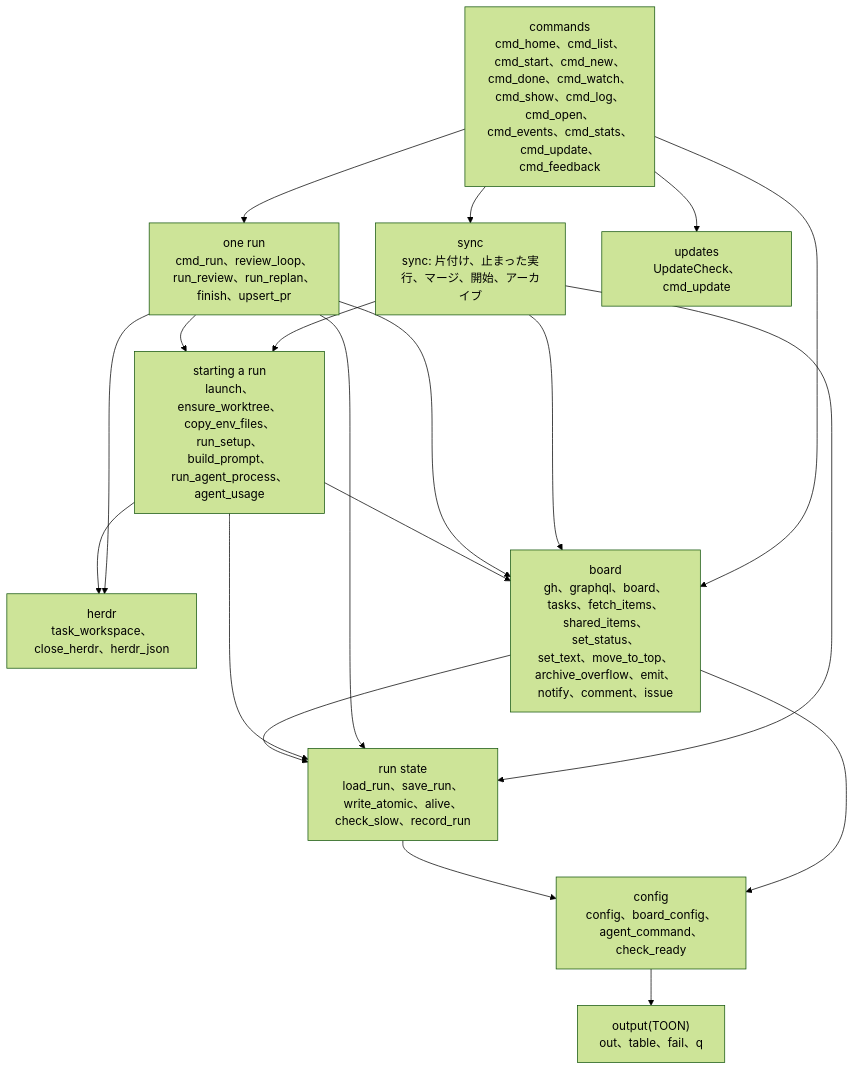
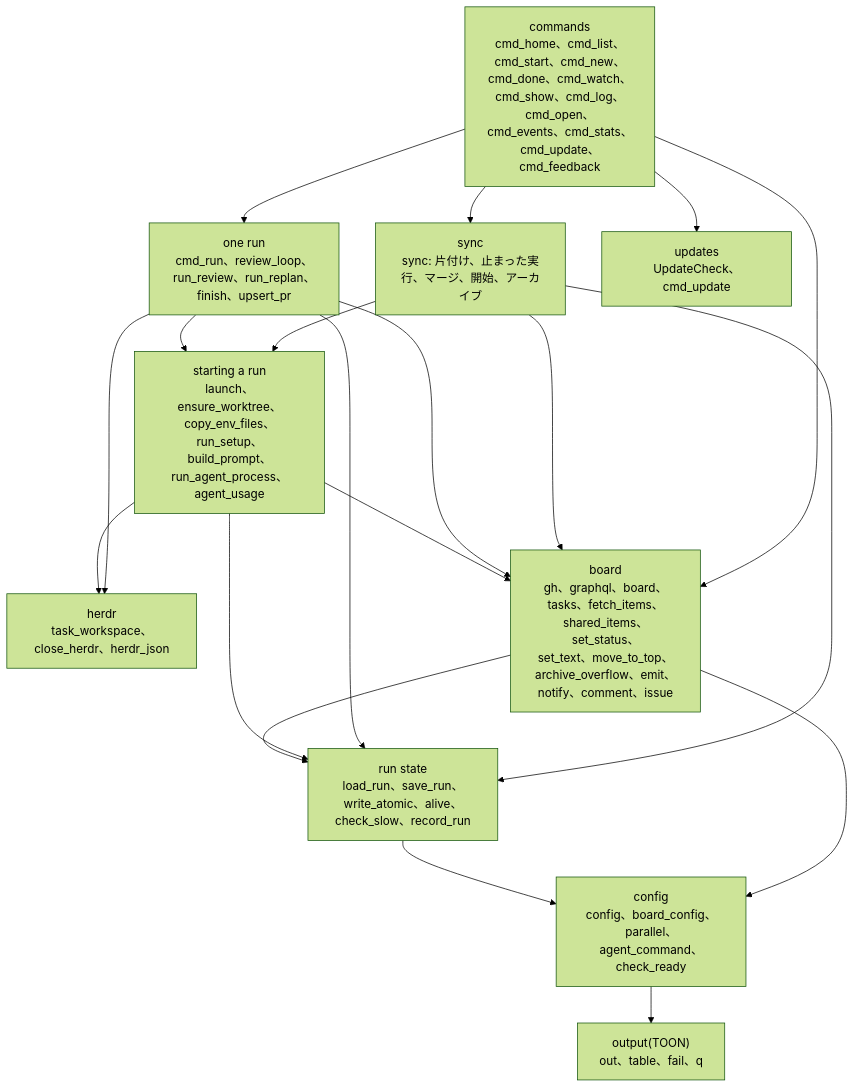
One commit to jyoka/task-hub changed the first of 7 diagrams in docs/architecture/lld.md. Above: the diagram before and after it, drawn with Mermaid (forest theme). The commit also changed other lines of this file and 6 other files, not shown here.

````diff
--- a/docs/architecture/lld.md
+++ b/docs/architecture/lld.md
@@ -11,32 +11,32 @@
 ```mermaid
 flowchart TB
     commands["commands<br/>cmd_home、cmd_list、cmd_start、cmd_new、cmd_done、cmd_watch、<br/>cmd_show、cmd_log、cmd_open、cmd_events、cmd_stats、cmd_update、cmd_feedback"]
     sync["sync<br/>sync: 片付け、止まった実行、マージ、開始、アーカイブ"]
     runone["one run<br/>cmd_run、review_loop、run_review、run_replan、finish、upsert_pr"]
     start["starting a run<br/>launch、ensure_worktree、copy_env_files、run_setup、build_prompt、<br/>run_agent_process、agent_usage"]
     herdr["herdr<br/>task_workspace、close_herdr、herdr_json"]
     runstate["run state<br/>load_run、save_run、write_atomic、alive、check_slow、record_run"]
     boardl["board<br/>gh、graphql、board、tasks、fetch_items、shared_items、set_status、<br/>set_text、move_to_top、archive_overflow、emit、notify、comment、issue"]
-    config["config<br/>config、board_config、agent_command、check_ready"]
+    config["config<br/>config、board_config、parallel、agent_command、check_ready"]
     output["output(TOON)<br/>out、table、fail、q"]
     updates["updates<br/>UpdateCheck、cmd_update"]
 
     commands --> sync
     commands --> runone
     commands --> boardl
     commands --> updates
     sync --> start
     sync --> boardl
     sync --> runstate
     runone --> start
     runone --> boardl
     runone --> runstate
     runone --> herdr
     start --> herdr
     start --> runstate
     start --> boardl
     boardl --> runstate
     boardl --> config
     runstate --> config
     config --> output
 ```
````
